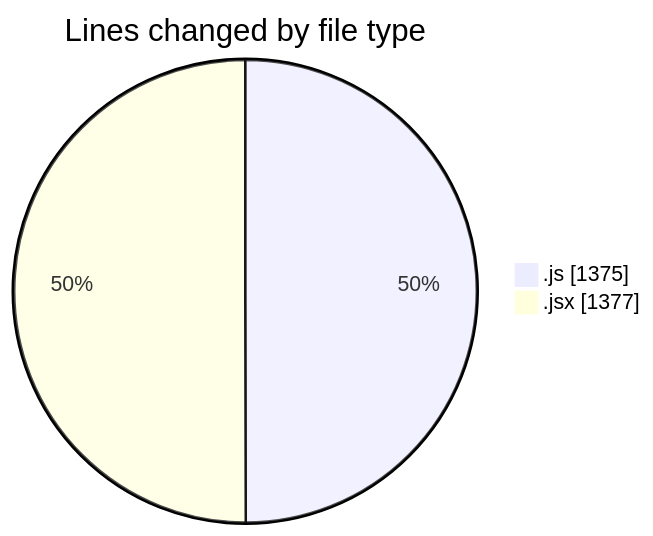
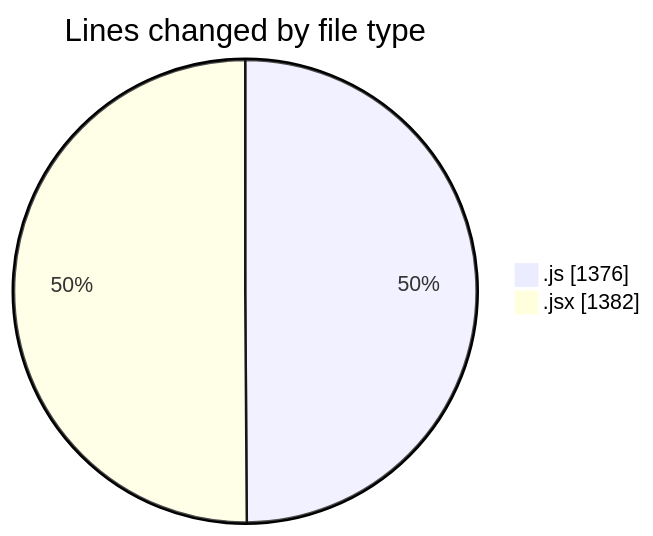
Before and after one commit to nxtqubesakshisongat/code-tracking: the first of 2 diagrams in 2025-07-29/nxtqube_webapp/README.md, drawn with Mermaid. The commit also changed other lines of this file and 1 other file, not shown here.

````diff
--- a/2025-07-29/nxtqube_webapp/README.md
+++ b/2025-07-29/nxtqube_webapp/README.md
@@ -27,6 +27,6 @@
 ```mermaid
 pie showData
 title Lines changed by file type
-".js" : 1375
-".jsx" : 1377
+".js" : 1376
+".jsx" : 1382
 ```
````
